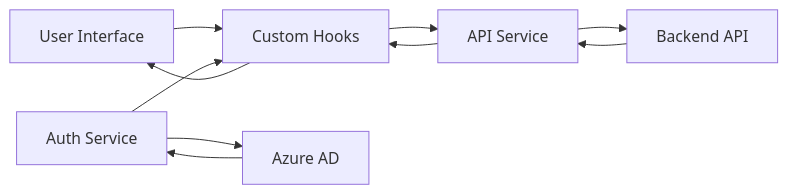
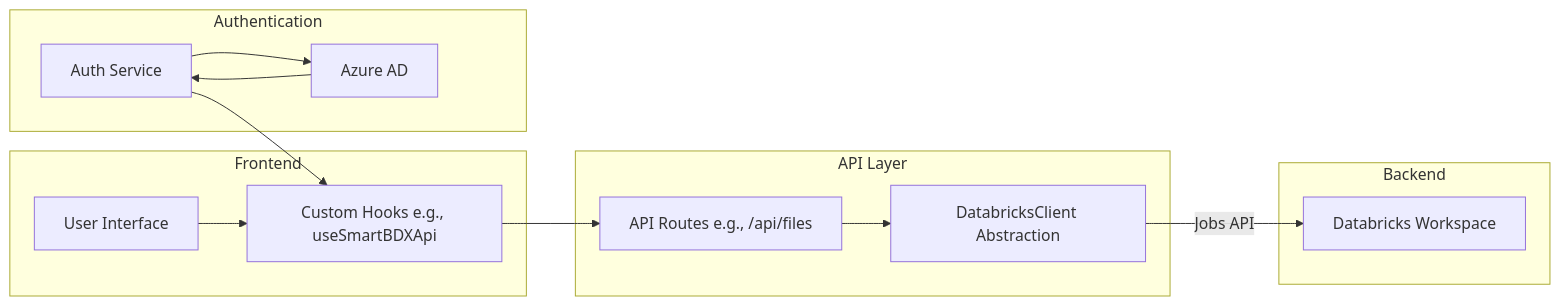
One commit to amandevdas/SmartBDX changed the second of 2 diagrams in docs/architecture-plan.md. Above: the diagram before and after it, drawn with Mermaid. The commit also changed other lines of this file and 57 other files, not shown here.

````diff
--- a/docs/architecture-plan.md
+++ b/docs/architecture-plan.md
@@ -96,13 +96,21 @@
 ```mermaid
 graph LR
-    A[User Interface] --> B[Custom Hooks]
-    B --> C[API Service]
-    C --> D[Backend API]
-    D --> C
-    C --> B
-    B --> A
-    
-    E[Auth Service] --> F[Azure AD]
-    F --> E
-    E --> B
+    subgraph "Frontend"
+        A[User Interface] --> B[Custom Hooks e.g., useSmartBDXApi]
+    end
+
+    subgraph "API Layer"
+        B --> C[API Routes e.g., /api/files]
+        C --> D[DatabricksClient Abstraction]
+    end
+
+    subgraph "Backend"
+        D -- "Jobs API" --> E[Databricks Workspace]
+    end
+
+    subgraph "Authentication"
+        F[Auth Service] --> G[Azure AD]
+        G --> F
+        F --> B
+    end
 ```
````
